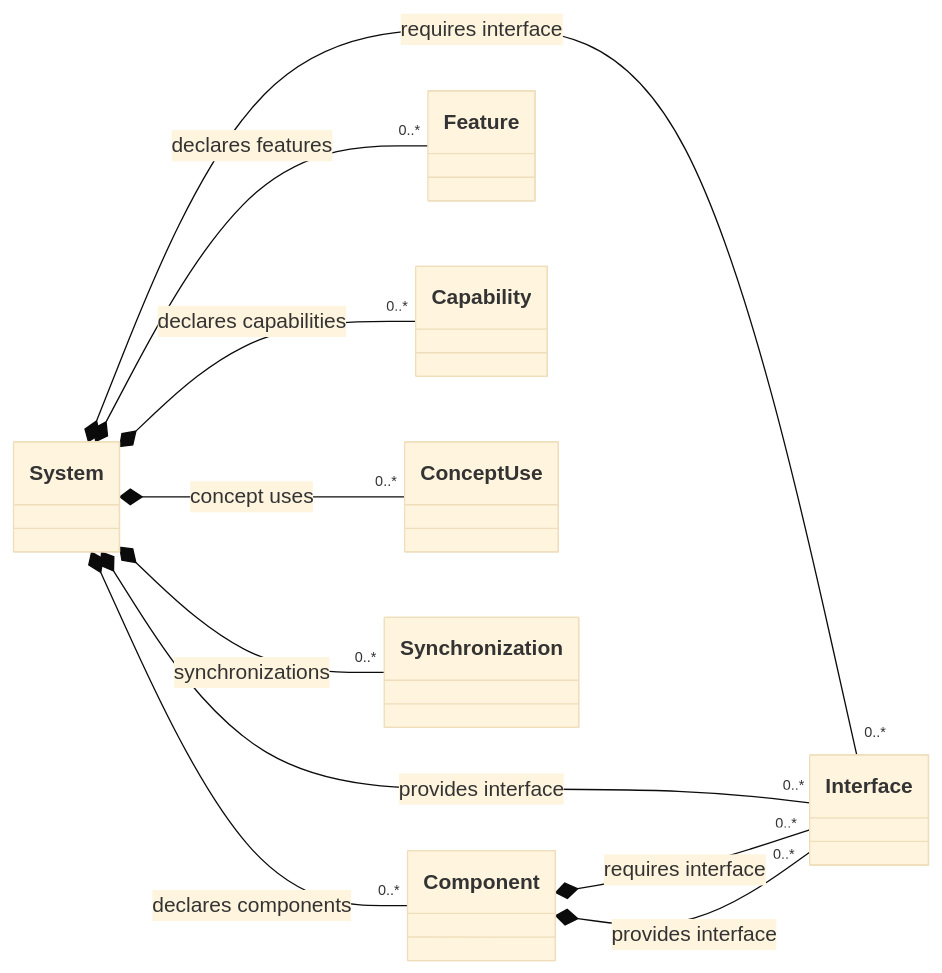
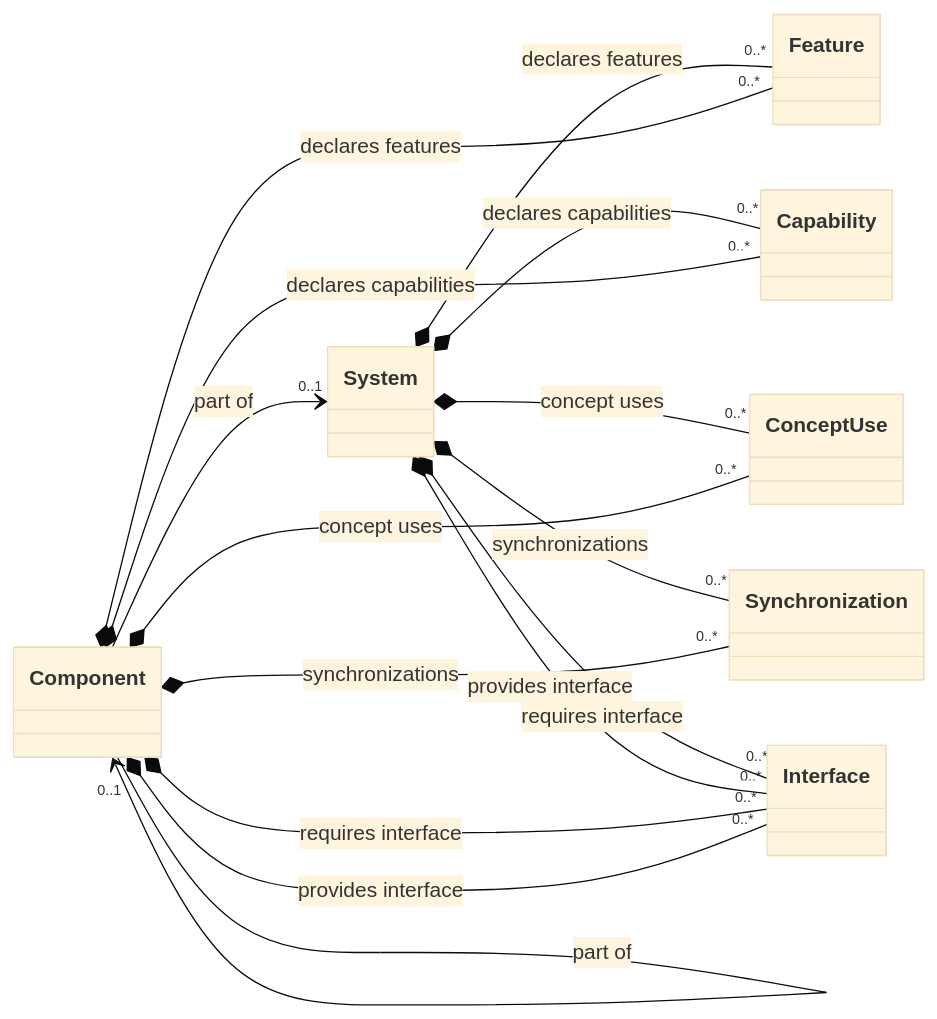
The second of 18 diagrams in docs/reference/model/core.md (craigsmitham/dotspec), drawn with Mermaid (base theme) before and after one commit. The commit also changed other lines of this file and 172 other files, not shown here.

````diff
--- a/docs/reference/model/core.md
+++ b/docs/reference/model/core.md
@@ -58,20 +60,25 @@
 ```mermaid
 classDiagram
     direction LR
     class System
     class Component
     class Feature
     class Capability
     class ConceptUse
     class Synchronization
     class Interface
-    System *-- "0..*" Component : declares components
+    Component --> "0..1" System : part of
+    Component --> "0..1" Component : part of
     System *-- "0..*" Feature : declares features
     System *-- "0..*" Capability : declares capabilities
     System *-- "0..*" ConceptUse : concept uses
     System *-- "0..*" Synchronization : synchronizations
+    Component *-- "0..*" Feature : declares features
+    Component *-- "0..*" Capability : declares capabilities
+    Component *-- "0..*" ConceptUse : concept uses
+    Component *-- "0..*" Synchronization : synchronizations
     System *-- "0..*" Interface : requires interface
     System *-- "0..*" Interface : provides interface
     Component *-- "0..*" Interface : requires interface
     Component *-- "0..*" Interface : provides interface
 ```
````
